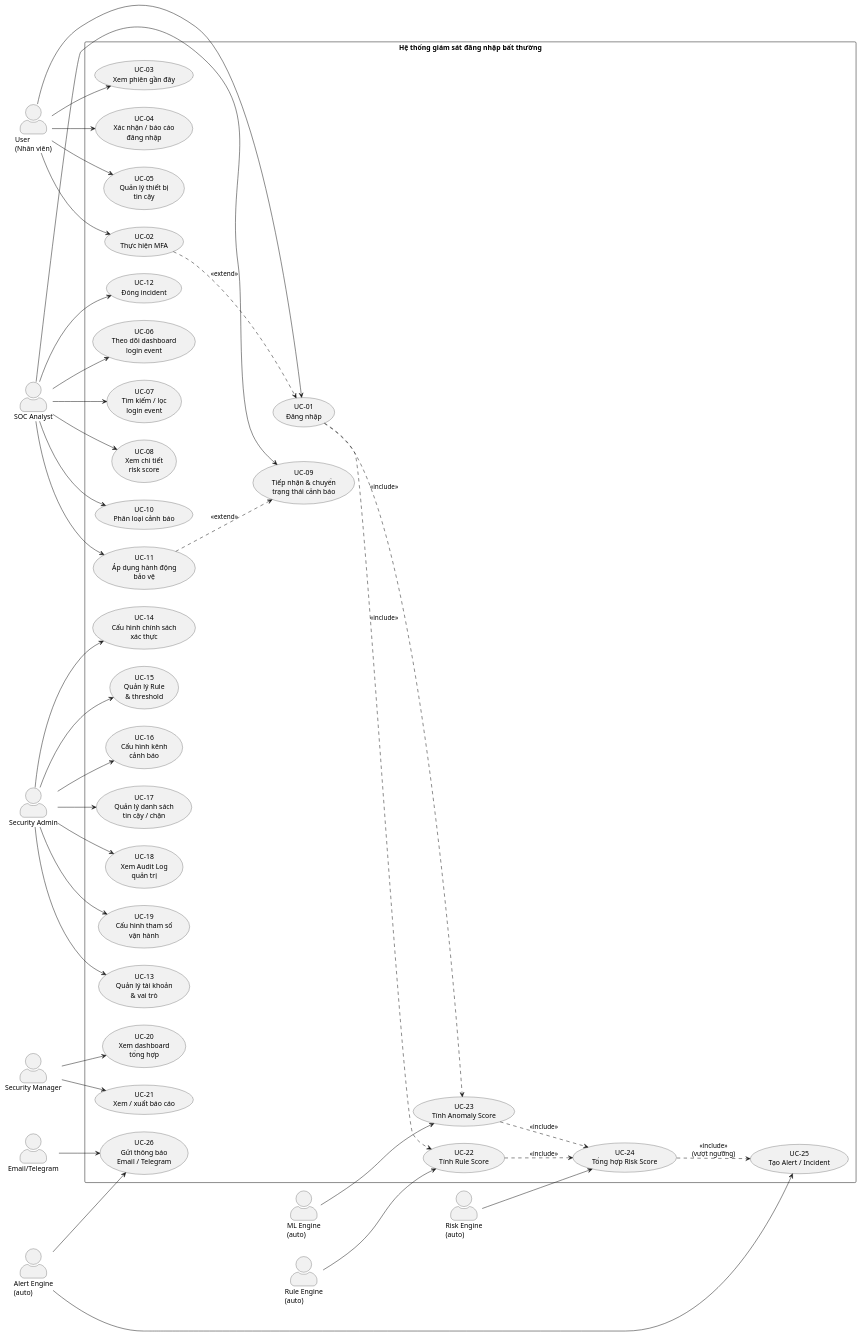
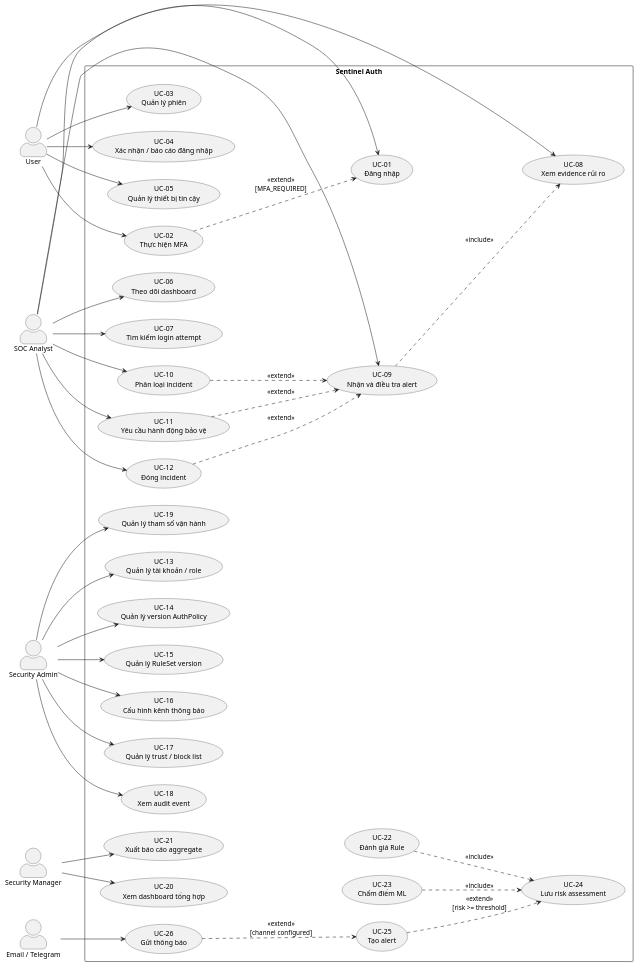
Before and after one commit to Albert-Tuan/sentinel-auth: the diagram in docs/use-case.puml, drawn with PlantUML. The commit also changed 88 other files, not shown here.

Commit message:
feat: align sentinel auth architecture and ML inference

```diff
--- a/docs/use-case.puml
+++ b/docs/use-case.puml
@@ -1,90 +1,72 @@
-@startuml use-case-tong-quat
+@startuml sentinel-auth-use-cases
 left to right direction
 skinparam actorStyle awesome
 
-actor "User\n(Nhân viên)" as U
-actor "SOC Analyst" as SOC
-actor "Security Admin" as ADM
-actor "Security Manager" as MGR
+actor "User" as user
+actor "SOC Analyst" as soc
+actor "Security Admin" as admin
+actor "Security Manager" as manager
+actor "Email / Telegram" as notification
 
-actor "Rule Engine\n(auto)" as RE
-actor "ML Engine\n(auto)" as ML
-actor "Risk Engine\n(auto)" as RISK
-actor "Alert Engine\n(auto)" as AE
-actor "Email/Telegram" as NOTI
-
-rectangle "Hệ thống giám sát đăng nhập bất thường" {
-
-  usecase "UC-01\nĐăng nhập" as UC01
-  usecase "UC-02\nThực hiện MFA" as UC02
-  usecase "UC-03\nXem phiên gần đây" as UC03
-  usecase "UC-04\nXác nhận / báo cáo\nđăng nhập" as UC04
-  usecase "UC-05\nQuản lý thiết bị\ntin cậy" as UC05
-
-  usecase "UC-06\nTheo dõi dashboard\nlogin event" as UC06
-  usecase "UC-07\nTìm kiếm / lọc\nlogin event" as UC07
-  usecase "UC-08\nXem chi tiết\nrisk score" as UC08
-  usecase "UC-09\nTiếp nhận & chuyển\ntrạng thái cảnh báo" as UC09
-  usecase "UC-10\nPhân loại cảnh báo" as UC10
-  usecase "UC-11\nÁp dụng hành động\nbảo vệ" as UC11
-  usecase "UC-12\nĐóng incident" as UC12
-
-  usecase "UC-13\nQuản lý tài khoản\n& vai trò" as UC13
-  usecase "UC-14\nCấu hình chính sách\nxác thực" as UC14
-  usecase "UC-15\nQuản lý Rule\n& threshold" as UC15
-  usecase "UC-16\nCấu hình kênh\ncảnh báo" as UC16
-  usecase "UC-17\nQuản lý danh sách\ntin cậy / chặn" as UC17
-  usecase "UC-18\nXem Audit Log\nquản trị" as UC18
-  usecase "UC-19\nCấu hình tham số\nvận hành" as UC19
-
-  usecase "UC-20\nXem dashboard\ntổng hợp" as UC20
-  usecase "UC-21\nXem / xuất báo cáo" as UC21
-
-  usecase "UC-22\nTính Rule Score" as UC22
-  usecase "UC-23\nTính Anomaly Score" as UC23
-  usecase "UC-24\nTổng hợp Risk Score" as UC24
-  usecase "UC-25\nTạo Alert / Incident" as UC25
-  usecase "UC-26\nGửi thông báo\nEmail / Telegram" as UC26
+rectangle "Sentinel Auth" {
+  usecase "UC-01\nĐăng nhập" as uc01
+  usecase "UC-02\nThực hiện MFA" as uc02
+  usecase "UC-03\nQuản lý phiên" as uc03
+  usecase "UC-04\nXác nhận / báo cáo đăng nhập" as uc04
+  usecase "UC-05\nQuản lý thiết bị tin cậy" as uc05
+  usecase "UC-06\nTheo dõi dashboard" as uc06
+  usecase "UC-07\nTìm kiếm login attempt" as uc07
+  usecase "UC-08\nXem evidence rủi ro" as uc08
+  usecase "UC-09\nNhận và điều tra alert" as uc09
+  usecase "UC-10\nPhân loại incident" as uc10
+  usecase "UC-11\nYêu cầu hành động bảo vệ" as uc11
+  usecase "UC-12\nĐóng incident" as uc12
+  usecase "UC-13\nQuản lý tài khoản / role" as uc13
+  usecase "UC-14\nQuản lý version AuthPolicy" as uc14
+  usecase "UC-15\nQuản lý RuleSet version" as uc15
+  usecase "UC-16\nCấu hình kênh thông báo" as uc16
+  usecase "UC-17\nQuản lý trust / block list" as uc17
+  usecase "UC-18\nXem audit event" as uc18
+  usecase "UC-19\nQuản lý tham số vận hành" as uc19
+  usecase "UC-20\nXem dashboard tổng hợp" as uc20
+  usecase "UC-21\nXuất báo cáo aggregate" as uc21
+  usecase "UC-22\nĐánh giá Rule" as uc22
+  usecase "UC-23\nChấm điểm ML" as uc23
+  usecase "UC-24\nLưu risk assessment" as uc24
+  usecase "UC-25\nTạo alert" as uc25
+  usecase "UC-26\nGửi thông báo" as uc26
 }
 
-U --> UC01
-U --> UC02
-U --> UC03
-U --> UC04
-U --> UC05
+user --> uc01
+user --> uc02
+user --> uc03
+user --> uc04
+user --> uc05
+soc --> uc06
+soc --> uc07
+soc --> uc08
+soc --> uc09
+soc --> uc10
+soc --> uc11
+soc --> uc12
+admin --> uc13
+admin --> uc14
+admin --> uc15
+admin --> uc16
+admin --> uc17
+admin --> uc18
+admin --> uc19
+manager --> uc20
+manager --> uc21
+notification --> uc26
 
-SOC --> UC06
-SOC --> UC07
-SOC --> UC08
-SOC --> UC09
-SOC --> UC10
-SOC --> UC11
-SOC --> UC12
-
-ADM --> UC13
-ADM --> UC14
-ADM --> UC15
-ADM --> UC16
-ADM --> UC17
-ADM --> UC18
-ADM --> UC19
-
-MGR --> UC20
-MGR --> UC21
-
-RE --> UC22
-ML --> UC23
-RISK --> UC24
-AE --> UC25
-AE --> UC26
-NOTI --> UC26
-
-UC01 ..> UC22 : <<include>>
-UC01 ..> UC23 : <<include>>
-UC22 ..> UC24 : <<include>>
-UC23 ..> UC24 : <<include>>
-UC24 ..> UC25 : <<include>>\n(vượt ngưỡng)
-UC02 ..> UC01 : <<extend>>
-UC11 ..> UC09 : <<extend>>
-
+uc02 ..> uc01 : <<extend>>\n[MFA_REQUIRED]
+uc09 ..> uc08 : <<include>>
+uc10 ..> uc09 : <<extend>>
+uc11 ..> uc09 : <<extend>>
+uc12 ..> uc09 : <<extend>>
+uc22 ..> uc24 : <<include>>
+uc23 ..> uc24 : <<include>>
+uc25 ..> uc24 : <<extend>>\n[risk >= threshold]
+uc26 ..> uc25 : <<extend>>\n[channel configured]
 @enduml
```
